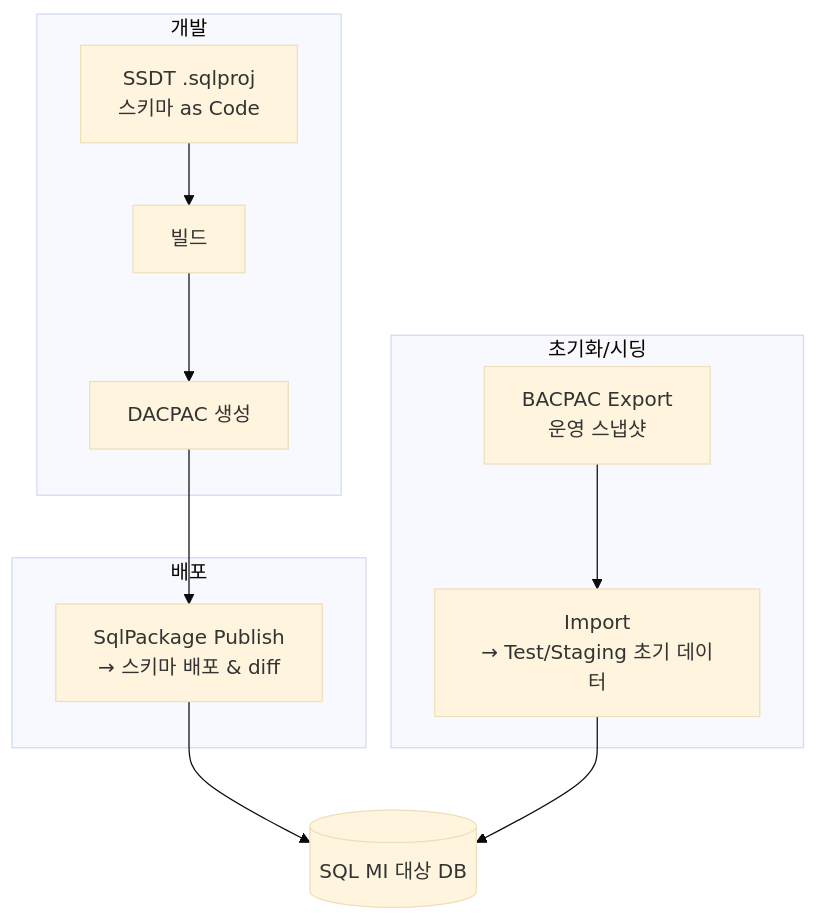
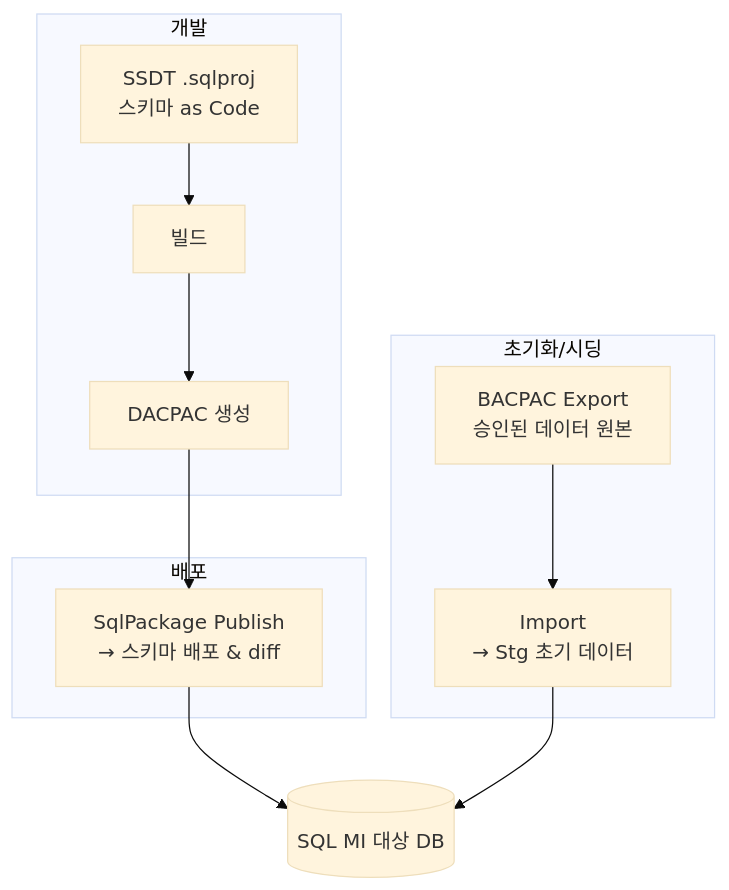
One commit to DalBamS/AzureDevOps-SQLMI-CICD-AI changed the second of 3 diagrams in docs/프로젝트-계획-초안.md. Above: the diagram before and after it, drawn with Mermaid (base theme). The commit also changed other lines of this file and 7 other files, not shown here.

````diff
--- a/docs/프로젝트-계획-초안.md
+++ b/docs/프로젝트-계획-초안.md
@@ -218,15 +220,15 @@
 ```mermaid
 flowchart TB
     subgraph 개발
       A[SSDT .sqlproj<br/>스키마 as Code] --> B[빌드]
       B --> C[DACPAC 생성]
     end
     subgraph 배포
       C --> D[SqlPackage Publish<br/>→ 스키마 배포 & diff]
     end
     subgraph 초기화/시딩
-      E[BACPAC Export<br/>운영 스냅샷] --> F[Import<br/>→ Test/Staging 초기 데이터]
+      E[BACPAC Export<br/>승인된 데이터 원본] --> F[Import<br/>→ Stg 초기 데이터]
     end
     D --> G[(SQL MI 대상 DB)]
     F --> G
 ```
````
